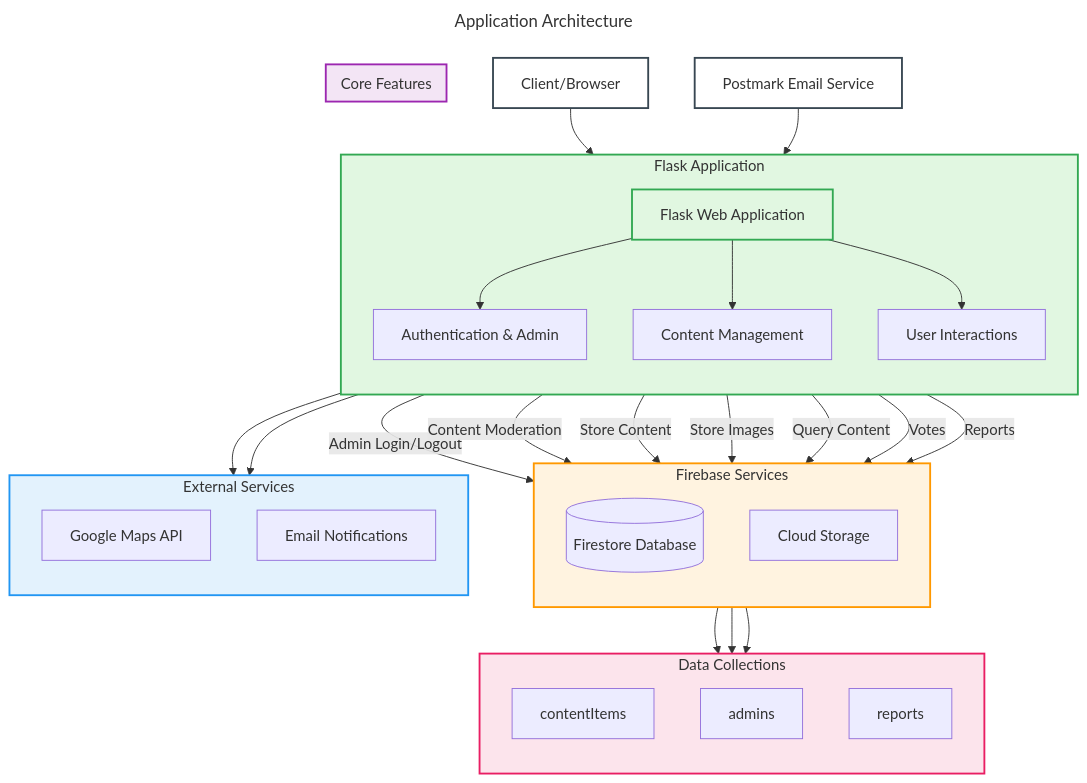
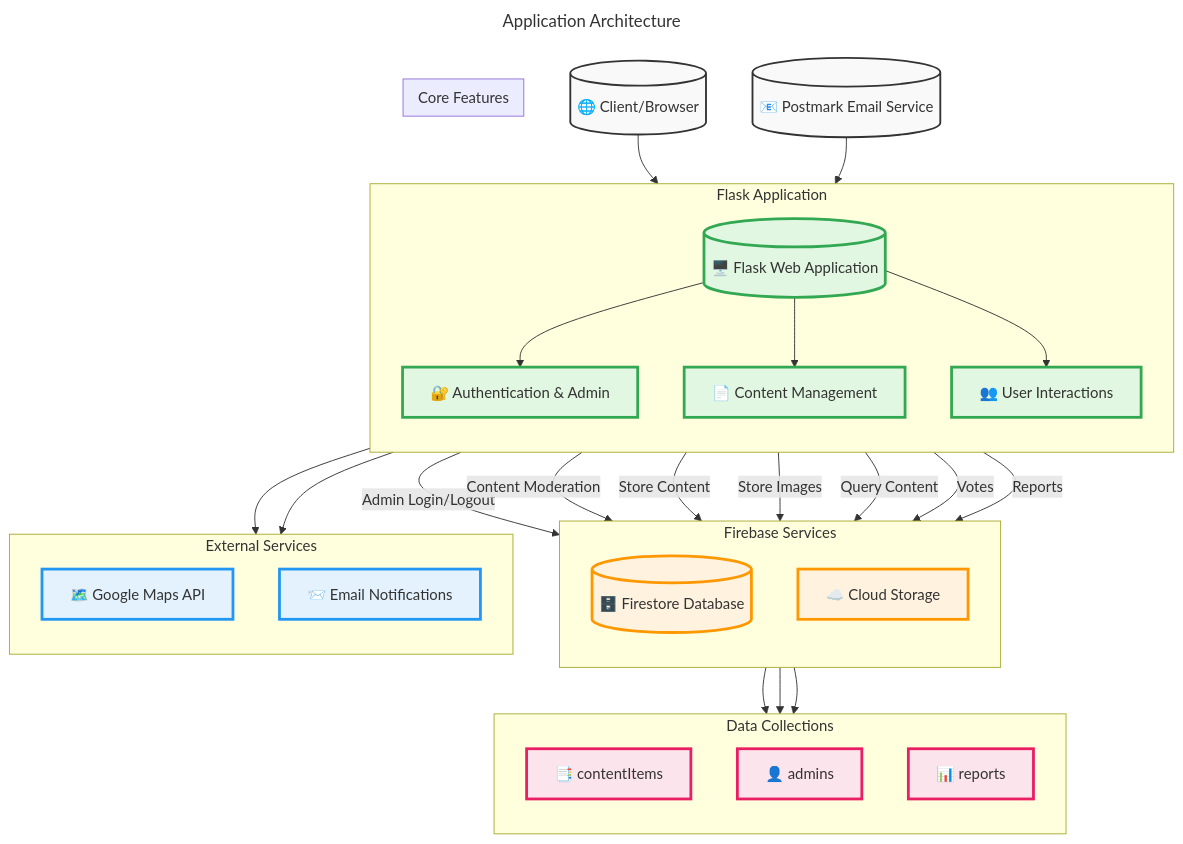
The diagram in README.md (premananda108/MailMap), drawn with Mermaid before and after one commit.

Commit message:
Add application architecture diagram to README
- Included a detailed architecture diagram using Mermaid in `README.md` to illustrate components and data flow.

````diff
--- a/README.md
+++ b/README.md
@@ -38,61 +38,75 @@
 ```mermaid
 ---
 title: Application Architecture
 ---
+graph TD
+    %% Main components
+    A[("🌐 Client/Browser")] --> B[("🖥️ Flask Web Application")]
+    P[("📧 Postmark Email Service")] --> B
 
-graph TD
-A[Client/Browser] --> B[Flask Web Application]
-P[Postmark Email Service] --> B
+    subgraph flask["Flask Application"]
+        direction TB
+        B --> C["🔐 Authentication & Admin"]
+        B --> D["📄 Content Management"]
+        B --> E["👥 User Interactions"]
+    end
 
-subgraph flask[Flask Application]
-    direction TB
-    B --> C[Authentication & Admin]
-    B --> D[Content Management]
-    B --> E[User Interactions]
-end
+    subgraph firebase["Firebase Services"]
+        direction TB
+        F[("🗄️ Firestore Database")]
+        G["☁️ Cloud Storage"]
+    end
 
-subgraph firebase[Firebase Services]
-    direction TB
-    F[(Firestore Database)]
-    G[Cloud Storage]
-end
+    subgraph core["Core Features"]
+        direction TB
+        C --> |Admin Login/Logout| F
+        C --> |Content Moderation| F
+        D --> |Store Content| F
+        D --> |Store Images| G
+        D --> |Query Content| F
+        E --> |Votes| F
+        E --> |Reports| F
+    end
 
-subgraph core[Core Features]
-    direction TB
-    C --> |Admin Login/Logout| F
-    C --> |Content Moderation| F
-    D --> |Store Content| F
-    D --> |Store Images| G
-    D --> |Query Content| F
-    E --> |Votes| F
-    E --> |Reports| F
-end
+    subgraph external["External Services"]
+        direction TB
+        H["🗺️ Google Maps API"]
+        I["📨 Email Notifications"]
+    end
 
-subgraph external[External Services]
-    direction TB
-    H[Google Maps API]
-    I[Email Notifications]
-end
+    B --> H
+    B --> I
 
-B --> H
-B --> I
+    subgraph data["Data Collections"]
+        direction TB
+        F --> J["📑 contentItems"]
+        F --> K["👤 admins"]
+        F --> L["📊 reports"]
+    end
 
-subgraph data[Data Collections]
-    direction TB
-    F --> J[contentItems]
-    F --> K[admins]
-    F --> L[reports]
-end
+    %% Styles
+    classDef default fill:#f9f9f9,stroke:#333,stroke-width:2px;
+    classDef flask fill:#e1f7e1,stroke:#32a852,stroke-width:3px;
+    classDef firebase fill:#fff3e0,stroke:#ff9800,stroke-width:3px;
+    classDef external fill:#e3f2fd,stroke:#2196f3,stroke-width:3px;
+    classDef core fill:#f3e5f5,stroke:#9c27b0,stroke-width:3px;
+    classDef data fill:#fce4ec,stroke:#e91e63,stroke-width:3px;
 
-%% Styles
-style flask fill:#e1f7e1,stroke:#32a852,stroke-width:2px
-style firebase fill:#fff3e0,stroke:#ff9800,stroke-width:2px
-style external fill:#e3f2fd,stroke:#2196f3,stroke-width:2px
-style core fill:#f3e5f5,stroke:#9c27b0,stroke-width:2px
-style data fill:#fce4ec,stroke:#e91e63,stroke-width:2px
+    class A,P default;
+    class B,C,D,E flask;
+    class F,G firebase;
+    class H,I external;
+    class J,K,L data;
 
-%% Node styles
-style A fill:#fff,stroke:#384752,stroke-width:2px
-style B fill:#e1f7e1,stroke:#32a852,stroke-width:2px
-style P fill:#fff,stroke:#384752,stroke-width:2px
+    %% Subgraph titles
+    subgraph flask["🌿 Flask Application"]
+    end
+    subgraph firebase["🔥 Firebase Services"]
+    end
+    subgraph core["⚙️ Core Features"]
+    end
+    subgraph external["🌍 External Services"]
+    end
+    subgraph data["📚 Data Collections"]
+    end
 ```    
````
